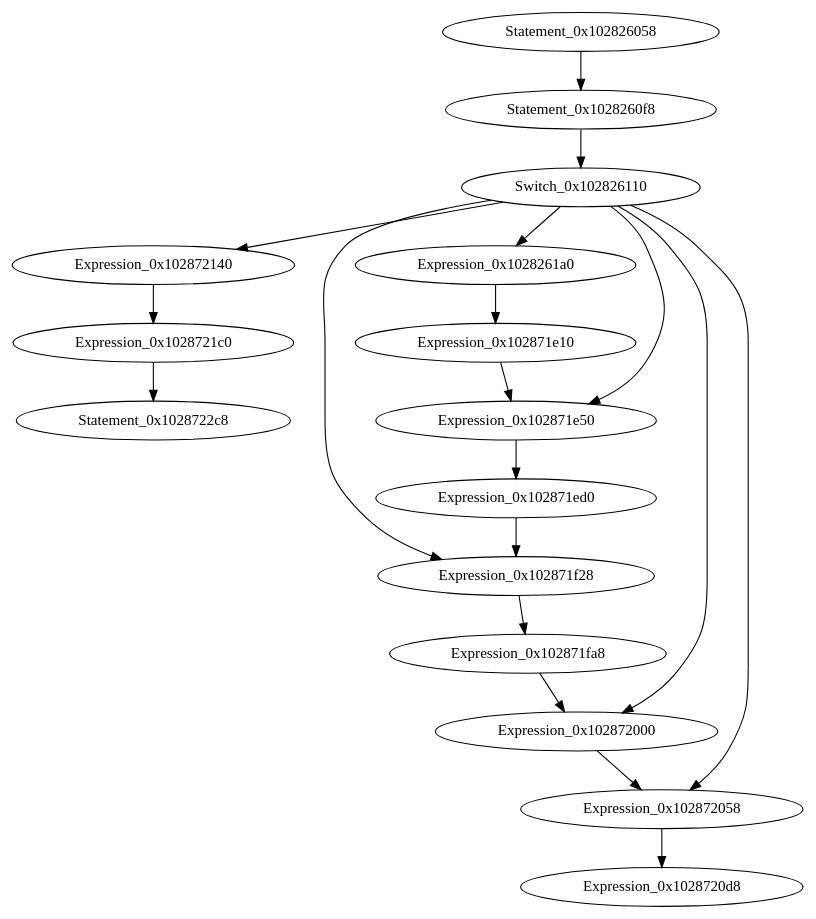
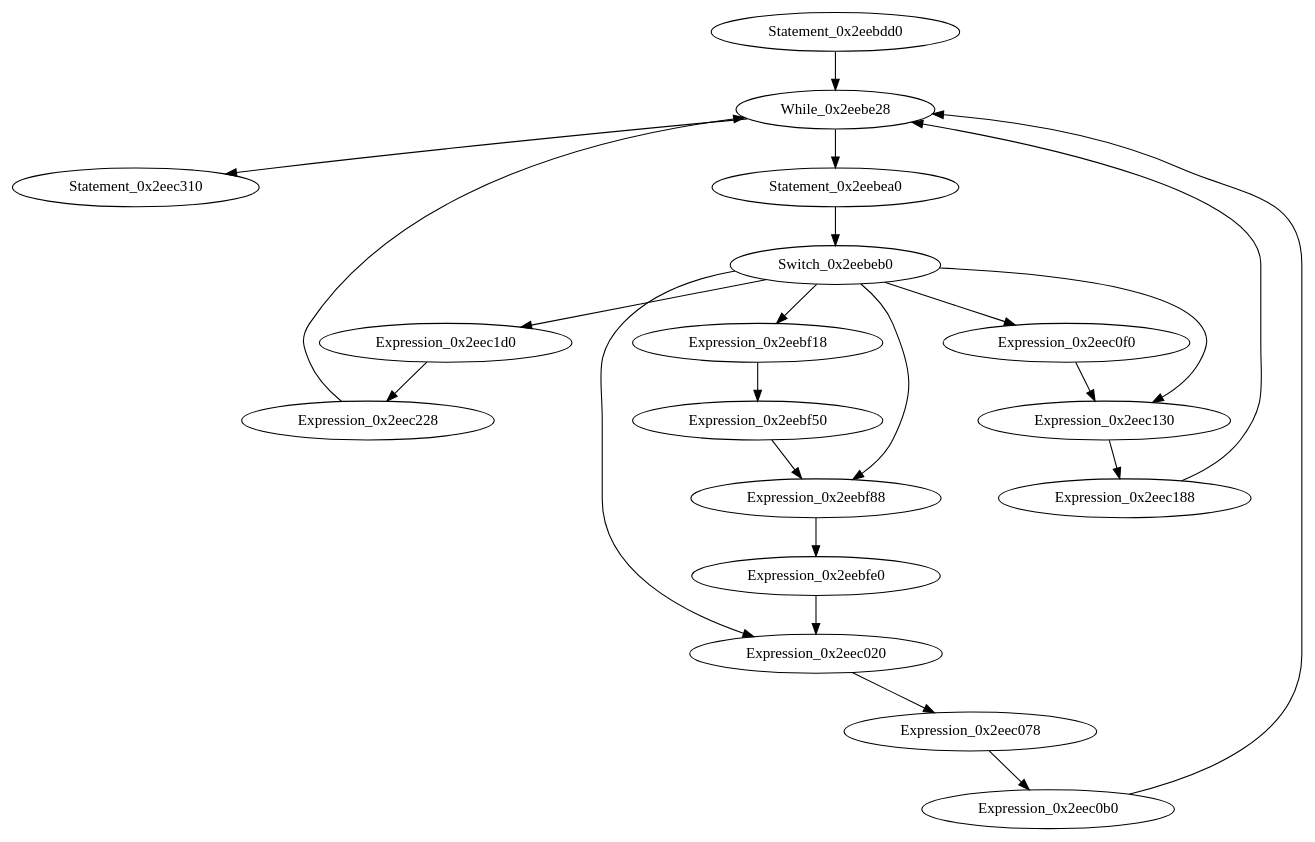
The diagram in ModelChecker/unitary_tests/switch/test.dot (jxw1102/Projet-merou), drawn with Graphviz before and after one commit. The commit also changed 18 other files, not shown here.

```diff
--- a/ModelChecker/unitary_tests/switch/test.dot
+++ b/ModelChecker/unitary_tests/switch/test.dot
@@ -1,20 +1,24 @@
 digraph {
-Statement_0x102826058 -> Statement_0x1028260f8
-Statement_0x1028260f8 -> Switch_0x102826110
-Switch_0x102826110 -> Expression_0x1028261a0
-Switch_0x102826110 -> Expression_0x102872140
-Switch_0x102826110 -> Expression_0x102872000
-Switch_0x102826110 -> Expression_0x102871f28
-Switch_0x102826110 -> Expression_0x102872058
-Switch_0x102826110 -> Expression_0x102871e50
-Expression_0x1028261a0 -> Expression_0x102871e10
-Expression_0x102871e10 -> Expression_0x102871e50
-Expression_0x102871e50 -> Expression_0x102871ed0
-Expression_0x102871ed0 -> Expression_0x102871f28
-Expression_0x102871f28 -> Expression_0x102871fa8
-Expression_0x102871fa8 -> Expression_0x102872000
-Expression_0x102872000 -> Expression_0x102872058
-Expression_0x102872058 -> Expression_0x1028720d8
-Expression_0x102872140 -> Expression_0x1028721c0
-Expression_0x1028721c0 -> Statement_0x1028722c8
+Statement_0x2eebdd0 -> While_0x2eebe28
+While_0x2eebe28 -> Statement_0x2eec310
+While_0x2eebe28 -> Statement_0x2eebea0
+Statement_0x2eebea0 -> Switch_0x2eebeb0
+Switch_0x2eebeb0 -> Expression_0x2eec1d0
+Switch_0x2eebeb0 -> Expression_0x2eec020
+Switch_0x2eebeb0 -> Expression_0x2eebf88
+Switch_0x2eebeb0 -> Expression_0x2eec130
+Switch_0x2eebeb0 -> Expression_0x2eec0f0
+Switch_0x2eebeb0 -> Expression_0x2eebf18
+Expression_0x2eec1d0 -> Expression_0x2eec228
+Expression_0x2eec228 -> While_0x2eebe28
+Expression_0x2eec020 -> Expression_0x2eec078
+Expression_0x2eec078 -> Expression_0x2eec0b0
+Expression_0x2eec0b0 -> While_0x2eebe28
+Expression_0x2eebf88 -> Expression_0x2eebfe0
+Expression_0x2eebfe0 -> Expression_0x2eec020
+Expression_0x2eec130 -> Expression_0x2eec188
+Expression_0x2eec188 -> While_0x2eebe28
+Expression_0x2eec0f0 -> Expression_0x2eec130
+Expression_0x2eebf18 -> Expression_0x2eebf50
+Expression_0x2eebf50 -> Expression_0x2eebf88
 }
```
